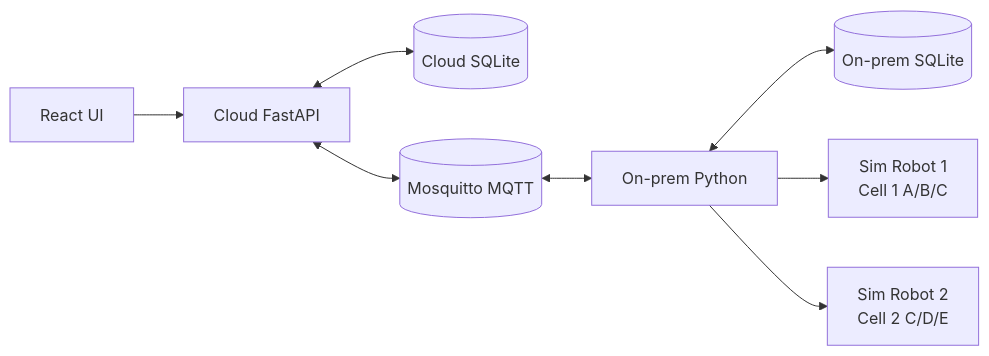
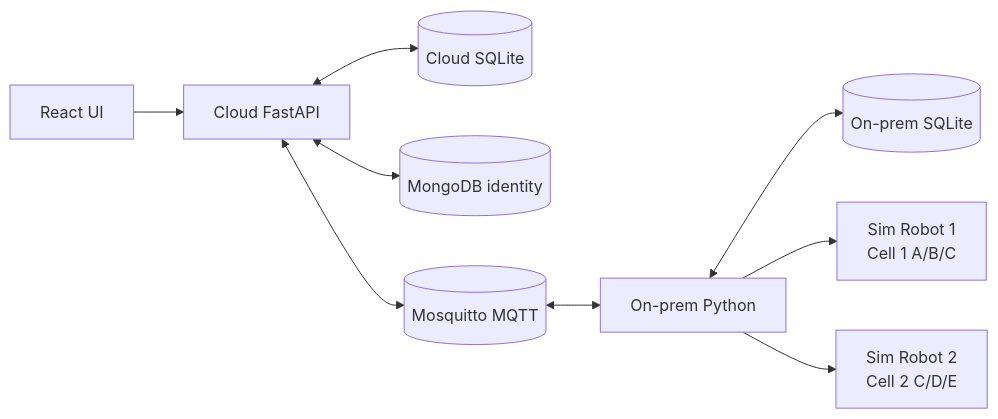
The diagram in docs/architecture.md (sunil-prajapati-private/sentics-test), drawn with Mermaid before and after one commit. The commit also changed other lines of this file and 52 other files, not shown here.

````diff
--- a/docs/architecture.md
+++ b/docs/architecture.md
@@ -5,12 +5,13 @@
 ```mermaid
 flowchart LR
  UI[React UI] --> API[Cloud FastAPI]
  API <--> CDB[(Cloud SQLite)]
+ API <--> ID[(MongoDB identity)]
  API <--> B[(Mosquitto MQTT)]
  B <--> OP[On-prem Python]
  OP <--> ODB[(On-prem SQLite)]
  OP --> R1[Sim Robot 1
 Cell 1 A/B/C]
  OP --> R2[Sim Robot 2
 Cell 2 C/D/E]
 ```
````
